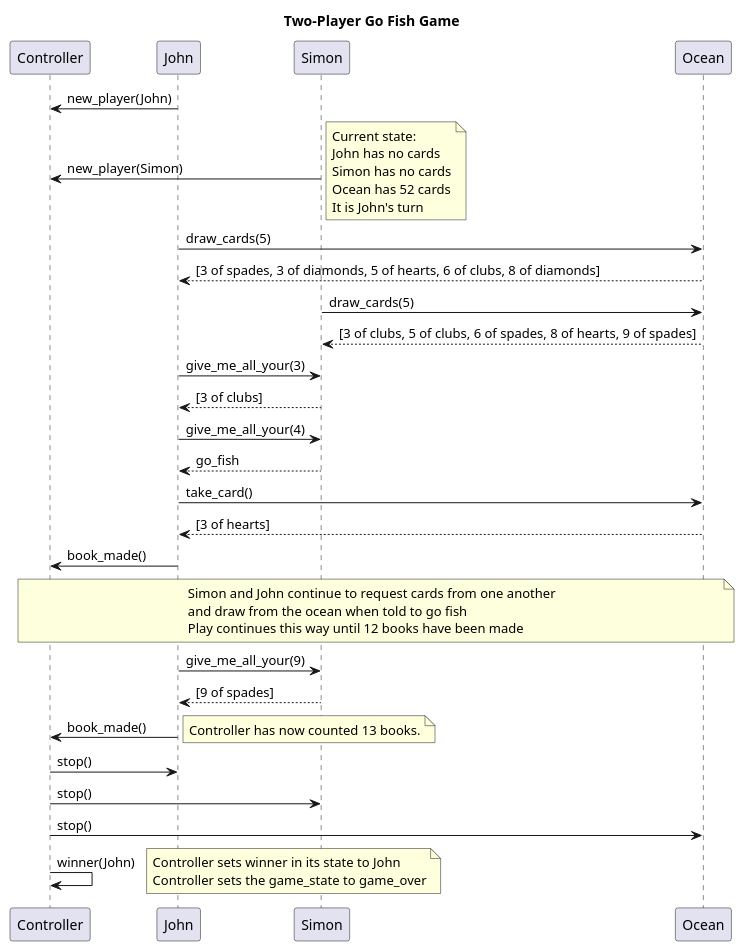
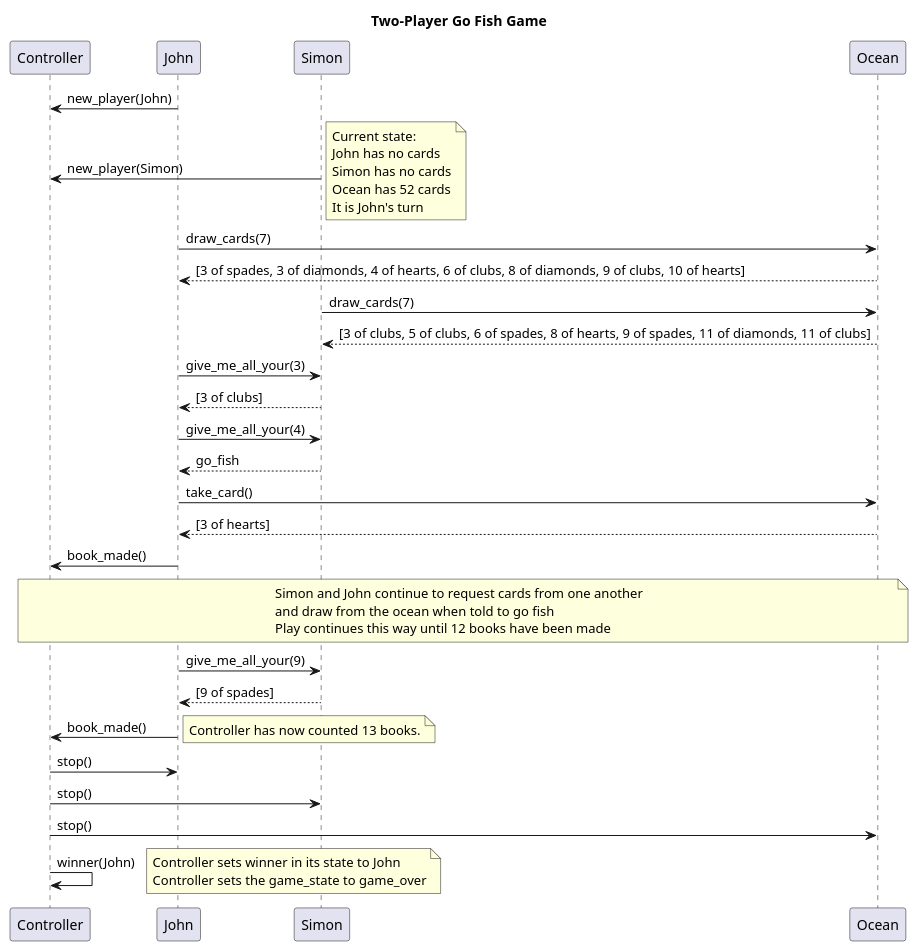
One commit to simonelnahas/go_fish changed the diagram in modeling/full_seqeuence.plantuml. Above: the diagram before and after it, drawn with PlantUML. The commit also changed 2 other files, not shown here.

Commit message:
updated sequence diagram and supervision strategy

```diff
--- a/modeling/full_seqeuence.plantuml
+++ b/modeling/full_seqeuence.plantuml
@@ -1,59 +1,59 @@
 @startuml Go Fish Game
 
 title Two-Player Go Fish Game
 
 participant Controller order 1
 participant John order 2
 participant Simon order 3
 participant Ocean order 4
 
 John -> Controller: new_player(John)
 Simon -> Controller: new_player(Simon)
 
 note right
 Current state:
 John has no cards
 Simon has no cards
 Ocean has 52 cards
 It is John's turn
 end note
 
-John -> Ocean: draw_cards(5)
-Ocean --> John: [3 of spades, 3 of diamonds, 5 of hearts, 6 of clubs, 8 of diamonds]
-Simon -> Ocean: draw_cards(5)
-Ocean --> Simon: [3 of clubs, 5 of clubs, 6 of spades, 8 of hearts, 9 of spades]
+John -> Ocean: draw_cards(7)
+Ocean --> John: [3 of spades, 3 of diamonds, 4 of hearts, 6 of clubs, 8 of diamonds, 9 of clubs, 10 of hearts]
+Simon -> Ocean: draw_cards(7)
+Ocean --> Simon: [3 of clubs, 5 of clubs, 6 of spades, 8 of hearts, 9 of spades, 11 of diamonds, 11 of clubs]
 John -> Simon: give_me_all_your(3)
 Simon --> John: [3 of clubs]
 John -> Simon: give_me_all_your(4)
 Simon --> John: go_fish
 John -> Ocean: take_card()
 Ocean --> John: [3 of hearts]
 John -> Controller: book_made()
 
 note across
 Simon and John continue to request cards from one another
 and draw from the ocean when told to go fish
 Play continues this way until 12 books have been made
 end note
 
 John -> Simon: give_me_all_your(9)
 Simon --> John: [9 of spades]
 John -> Controller: book_made()
 
 note right
 Controller has now counted 13 books.
 end note
 
 Controller -> John: stop()
 Controller -> Simon: stop()
 Controller -> Ocean: stop()
 Controller -> Controller: winner(John)
 
 
 note right
     Controller sets winner in its state to John
     Controller sets the game_state to game_over
 end note
 
 
 @enduml
```
